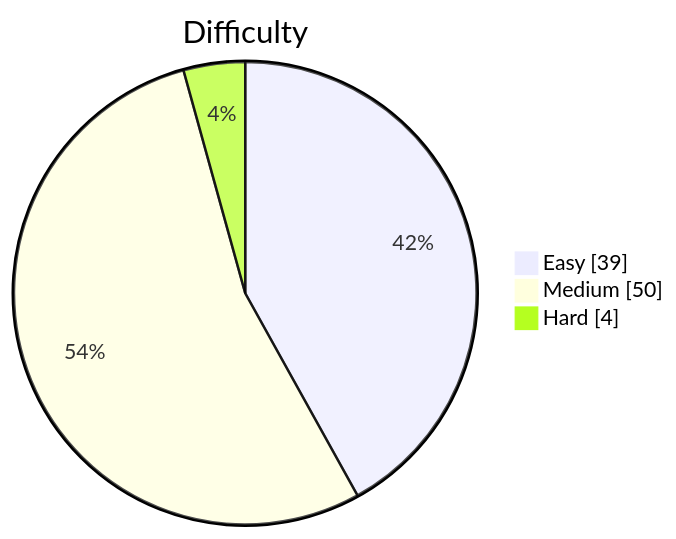
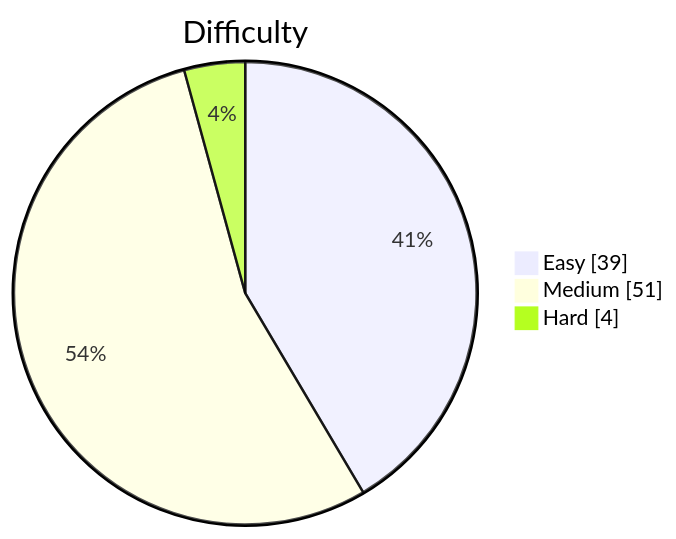
The diagram in README.md (kevstevie/python-algo-practice), drawn with Mermaid before and after one commit. The commit also changed other lines of this file, not shown here.

````diff
--- a/README.md
+++ b/README.md
@@ -13,7 +13,7 @@
 ```mermaid
 pie showData
     title Difficulty
     "Easy"   : 39
-    "Medium" : 50
+    "Medium" : 51
     "Hard"   : 4
 ```
````
